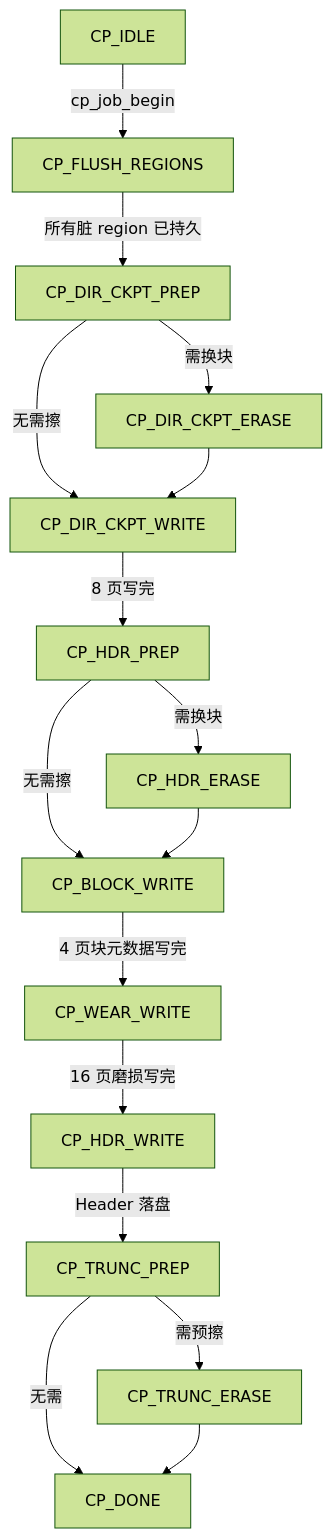
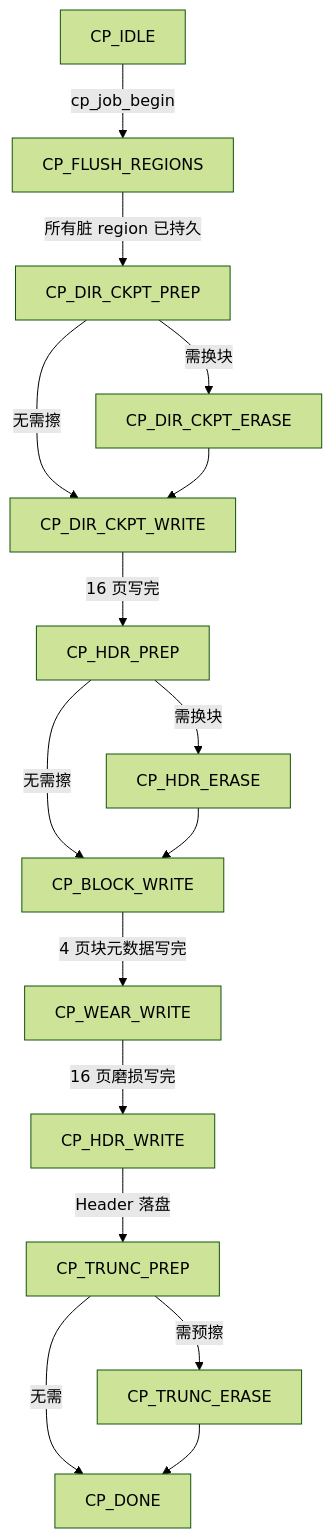
One commit to YzYMIAO/BASESSD changed diagram 16 of 36 in docs/design/ftl_design.md. Above: the diagram before and after it, drawn with Mermaid (forest theme). The commit also changed other lines of this file and 18 other files, not shown here.

````diff
--- a/docs/design/ftl_design.md
+++ b/docs/design/ftl_design.md
@@ -2701,31 +2701,31 @@
 ```mermaid
 flowchart TD
     IDLE["CP_IDLE"]
     FLUSH["CP_FLUSH_REGIONS"]
     APREP["CP_DIR_CKPT_PREP"]
     AERASE["CP_DIR_CKPT_ERASE"]
     AWRITE["CP_DIR_CKPT_WRITE"]
     HPREP["CP_HDR_PREP"]
     HERASE["CP_HDR_ERASE"]
     BWRITE["CP_BLOCK_WRITE"]
     WWRITE["CP_WEAR_WRITE"]
     HWRITE["CP_HDR_WRITE"]
     TPREP["CP_TRUNC_PREP"]
     TERASE["CP_TRUNC_ERASE"]
     DONE["CP_DONE"]
     IDLE -- "cp_job_begin" --> FLUSH
     FLUSH -- "所有脏 region 已持久" --> APREP
     APREP -- "需换块" --> AERASE
     APREP -- "无需擦" --> AWRITE
     AERASE --> AWRITE
-    AWRITE -- "8 页写完" --> HPREP
+    AWRITE -- "16 页写完" --> HPREP
     HPREP -- "需换块" --> HERASE
     HPREP -- "无需擦" --> BWRITE
     HERASE --> BWRITE
     BWRITE -- "4 页块元数据写完" --> WWRITE
     WWRITE -- "16 页磨损写完" --> HWRITE
     HWRITE -- "Header 落盘" --> TPREP
     TPREP -- "需预擦" --> TERASE
     TPREP -- "无需" --> DONE
     TERASE --> DONE
 ```
````
